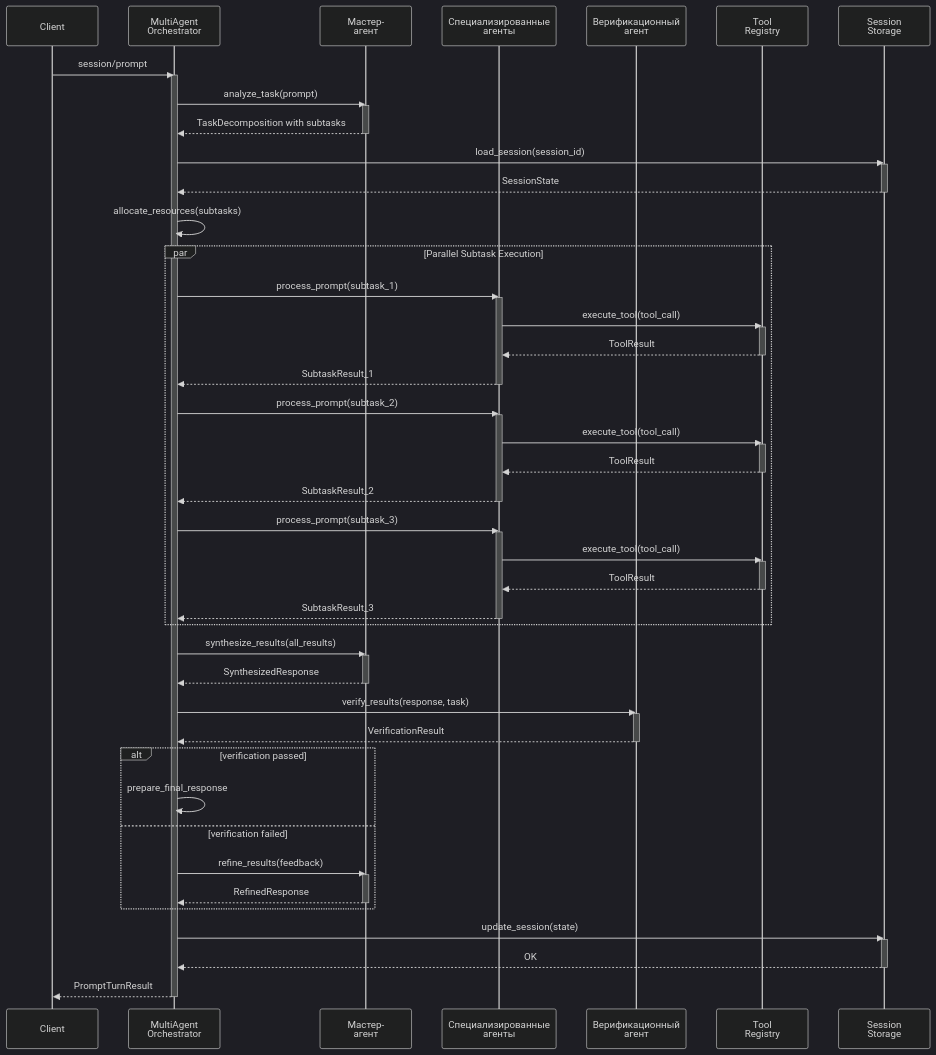
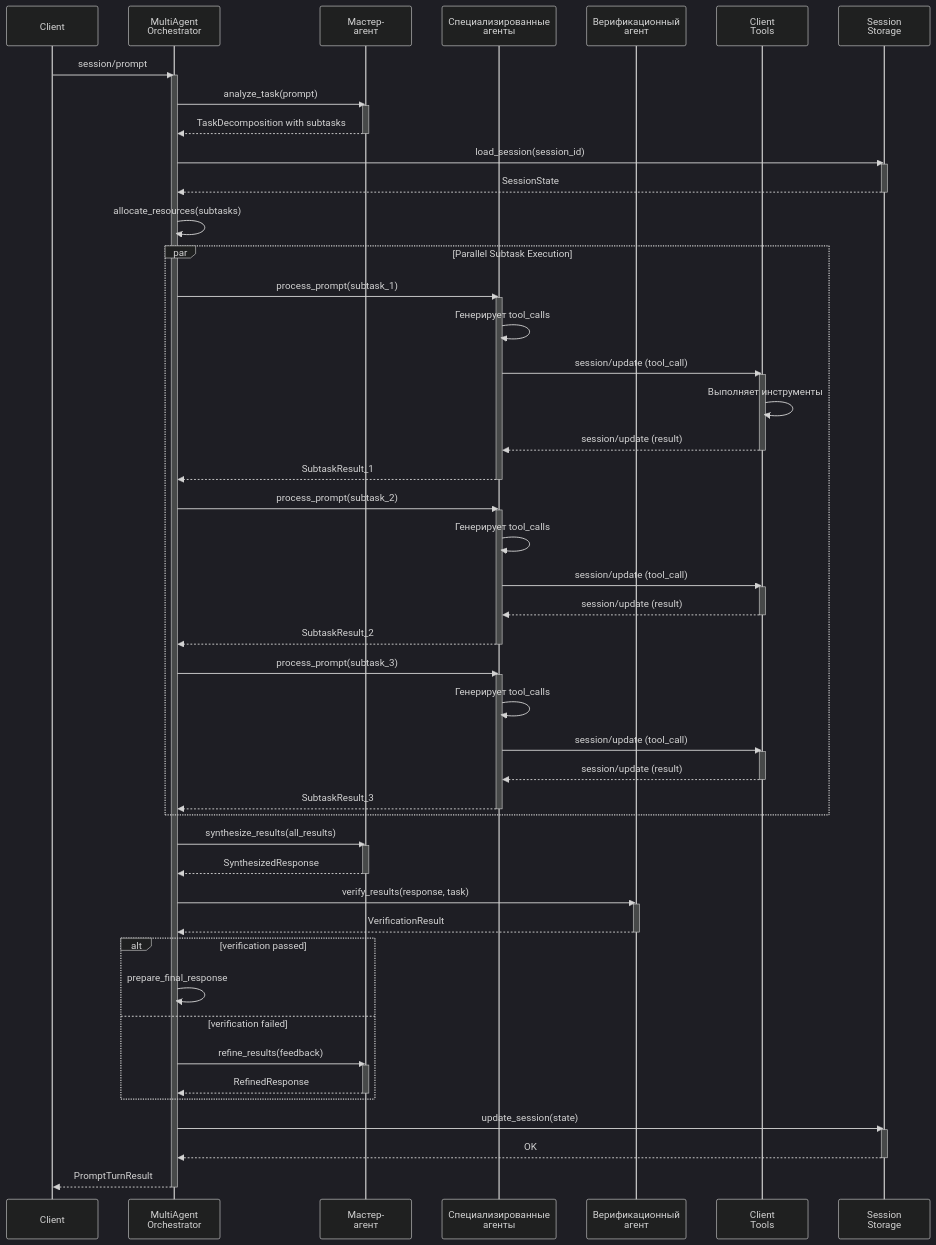
One commit to pese-git/acp-workspace changed the fourth of 6 diagrams in doc/LLM_AGENT_INTEGRATION_PLAN.md. Above: the diagram before and after it, drawn with Mermaid (dark theme). The commit also changed other lines of this file and 1 other file, not shown here.

```diff
--- a/doc/LLM_AGENT_INTEGRATION_PLAN.md
+++ b/doc/LLM_AGENT_INTEGRATION_PLAN.md
@@ -684,7 +751,7 @@
     participant Master as Мастер-<br/>агент
     participant SpecAgents as Специализированные<br/>агенты
     participant Verify as Верификационный<br/>агент
-    participant Tools as Tool<br/>Registry
+    participant ClientTools as Client<br/>Tools
     participant Storage as Session<br/>Storage
     
     Client->>MultiOrch: session/prompt
@@ -705,28 +772,32 @@
     par Parallel Subtask Execution
         MultiOrch->>SpecAgents: process_prompt(subtask_1)
         activate SpecAgents
-        SpecAgents->>Tools: execute_tool(tool_call)
-        activate Tools
-        Tools-->>SpecAgents: ToolResult
-        deactivate Tools
+        SpecAgents->>SpecAgents: Генерирует tool_calls
+        SpecAgents->>ClientTools: session/update (tool_call)
+        activate ClientTools
+        ClientTools->>ClientTools: Выполняет инструменты
+        ClientTools-->>SpecAgents: session/update (result)
+        deactivate ClientTools
         SpecAgents-->>MultiOrch: SubtaskResult_1
         deactivate SpecAgents
         
         MultiOrch->>SpecAgents: process_prompt(subtask_2)
         activate SpecAgents
-        SpecAgents->>Tools: execute_tool(tool_call)
-        activate Tools
-        Tools-->>SpecAgents: ToolResult
-        deactivate Tools
+        SpecAgents->>SpecAgents: Генерирует tool_calls
+        SpecAgents->>ClientTools: session/update (tool_call)
+        activate ClientTools
+        ClientTools-->>SpecAgents: session/update (result)
+        deactivate ClientTools
         SpecAgents-->>MultiOrch: SubtaskResult_2
         deactivate SpecAgents
         
         MultiOrch->>SpecAgents: process_prompt(subtask_3)
         activate SpecAgents
-        SpecAgents->>Tools: execute_tool(tool_call)
-        activate Tools
-        Tools-->>SpecAgents: ToolResult
-        deactivate Tools
+        SpecAgents->>SpecAgents: Генерирует tool_calls
+        SpecAgents->>ClientTools: session/update (tool_call)
+        activate ClientTools
+        ClientTools-->>SpecAgents: session/update (result)
+        deactivate ClientTools
         SpecAgents-->>MultiOrch: SubtaskResult_3
         deactivate SpecAgents
     end
```
